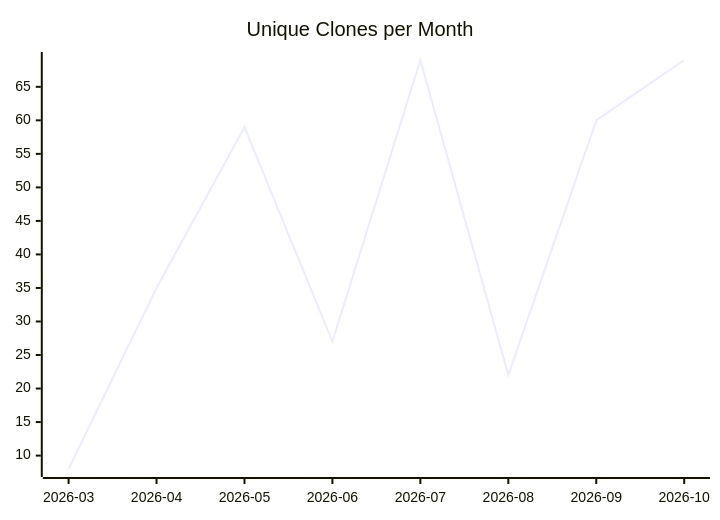
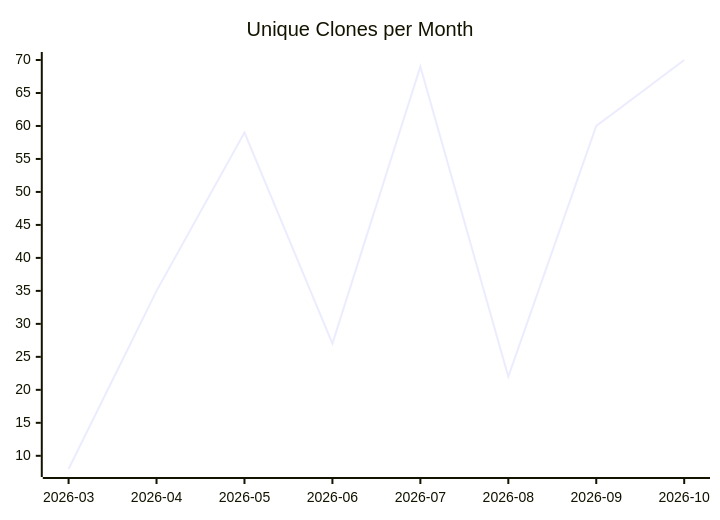
Before and after one commit to justdavis-family/github-analytics-data: the third of 3 diagrams in karlmdavis/fhir-benchmarks/README.md, drawn with Mermaid. The commit also changed other lines of this file and 202 other files, not shown here.

````diff
--- a/karlmdavis/fhir-benchmarks/README.md
+++ b/karlmdavis/fhir-benchmarks/README.md
@@ -19,6 +19,6 @@
 ```mermaid
 xychart-beta
   title "Unique Clones per Month"
   x-axis ["2026-03", "2026-04", "2026-05", "2026-06", "2026-07", "2026-08", "2026-09", "2026-10"]
-  line [8, 35, 59, 27, 69, 22, 60, 69]
+  line [8, 35, 59, 27, 69, 22, 60, 70]
 ```
````
